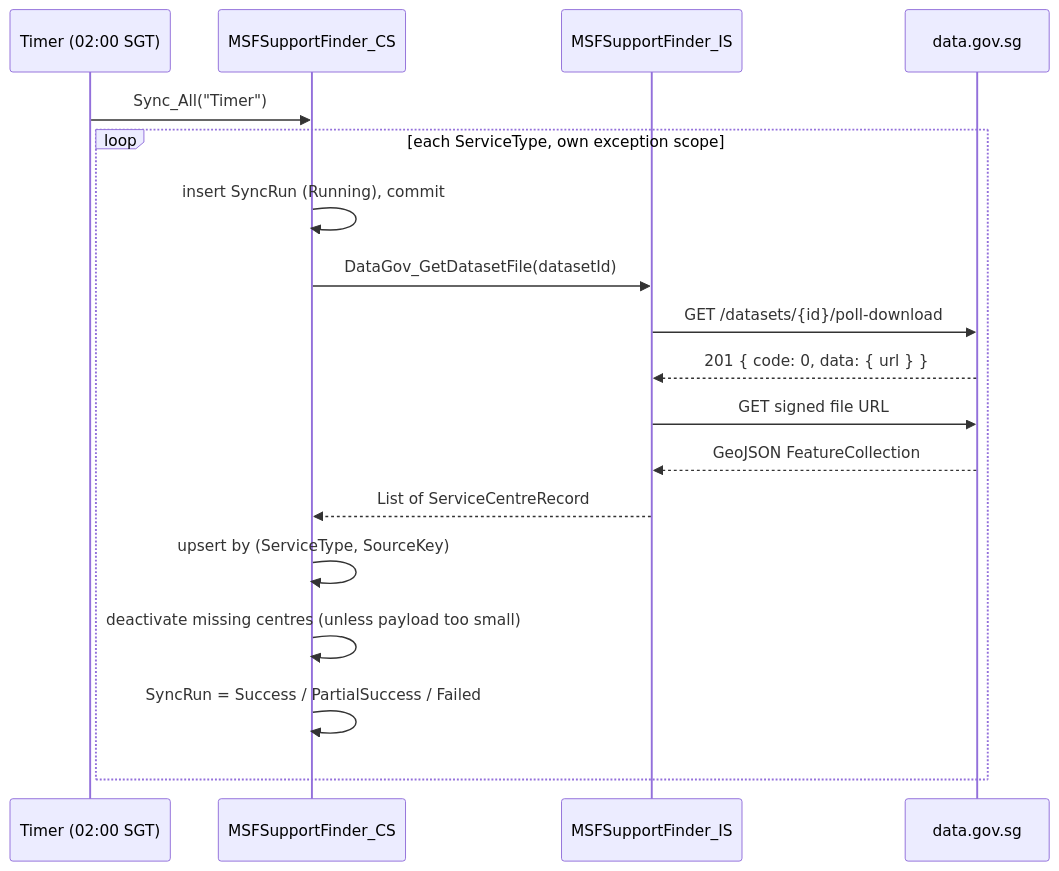
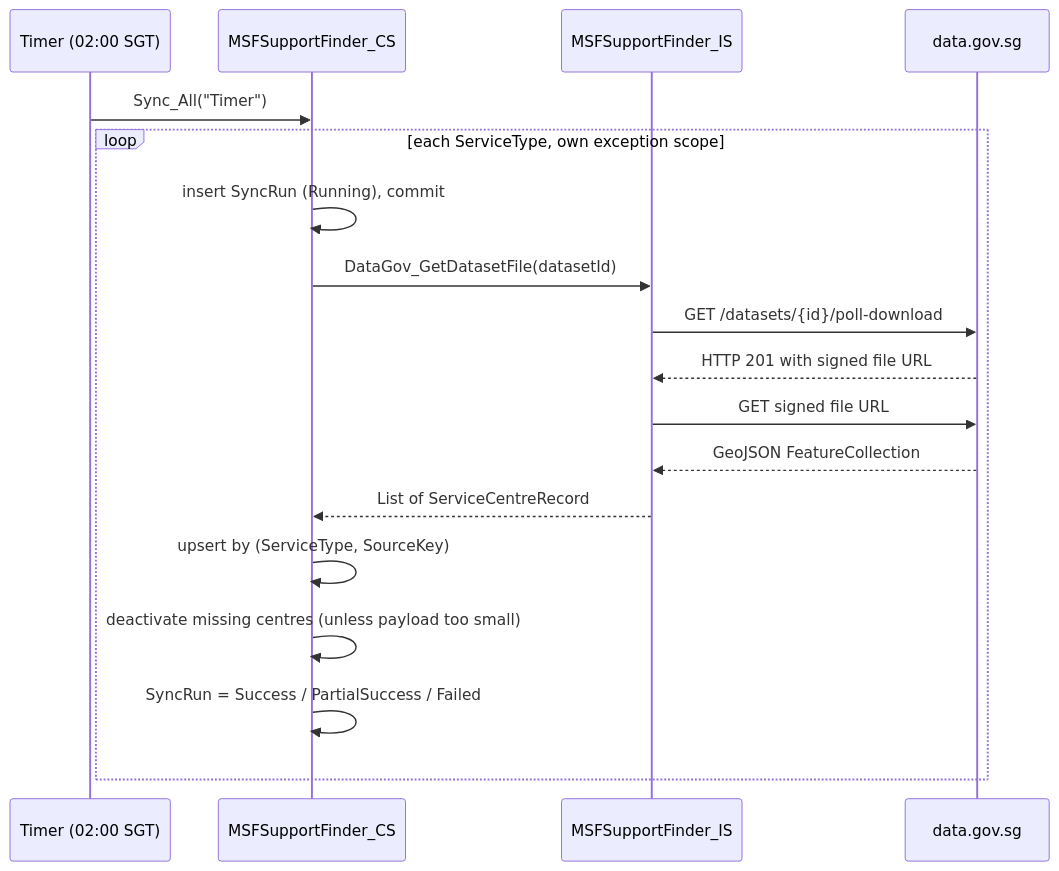
One commit to MarcGenesisPantoja/MSF_TechnicalExam changed the fourth of 5 diagrams in README.md. Above: the diagram before and after it, drawn with Mermaid. The commit also changed other lines of this file, not shown here.

Commit message:
Fix Mermaid syntax in the infrastructure diagram

````diff
--- a/README.md
+++ b/README.md
@@ -151,21 +151,21 @@
 ```mermaid
 sequenceDiagram
     participant T as Timer (02:00 SGT)
     participant CS as MSFSupportFinder_CS
     participant IS as MSFSupportFinder_IS
     participant API as data.gov.sg
 
     T->>CS: Sync_All("Timer")
     loop each ServiceType, own exception scope
         CS->>CS: insert SyncRun (Running), commit
         CS->>IS: DataGov_GetDatasetFile(datasetId)
         IS->>API: GET /datasets/{id}/poll-download
-        API-->>IS: 201 { code: 0, data: { url } }
+        API-->>IS: HTTP 201 with signed file URL
         IS->>API: GET signed file URL
         API-->>IS: GeoJSON FeatureCollection
         IS-->>CS: List of ServiceCentreRecord
         CS->>CS: upsert by (ServiceType, SourceKey)
         CS->>CS: deactivate missing centres (unless payload too small)
         CS->>CS: SyncRun = Success / PartialSuccess / Failed
     end
 ```
````
